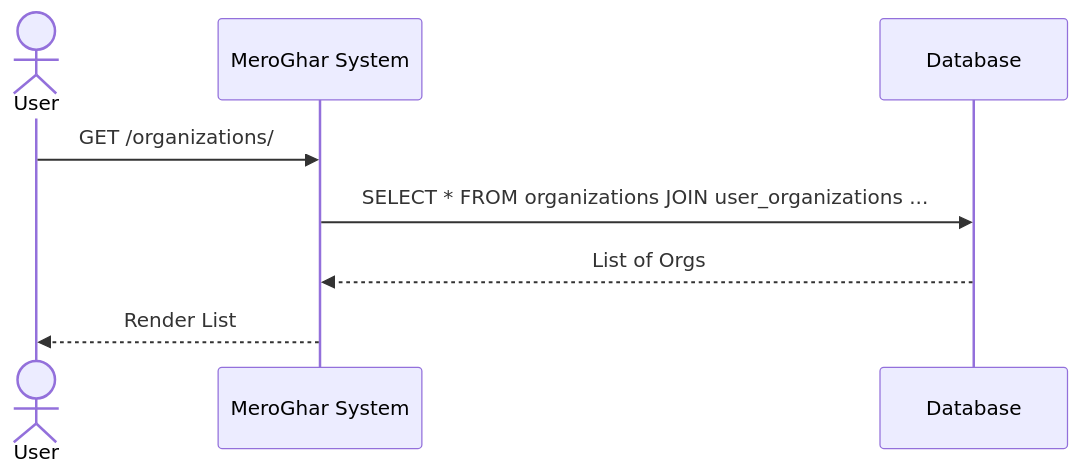
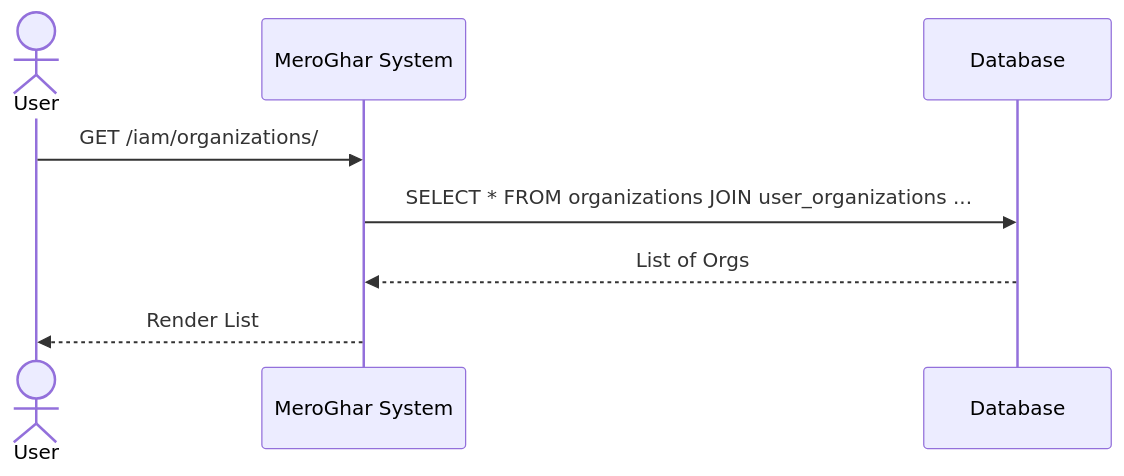
The first of 4 diagrams in docs/workflows/organization.md (0Ankit0/meroghar), drawn with Mermaid before and after one commit. The commit also changed other lines of this file and 10 other files, not shown here.

````diff
--- a/docs/workflows/organization.md
+++ b/docs/workflows/organization.md
@@ -14,11 +14,11 @@
 ```mermaid
 sequenceDiagram
     actor User as User
     participant System as MeroGhar System
     participant DB as Database
 
-    User->>System: GET /organizations/
+    User->>System: GET /iam/organizations/
     System->>DB: SELECT * FROM organizations JOIN user_organizations ...
     DB-->>System: List of Orgs
     System-->>User: Render List
 ```
````
